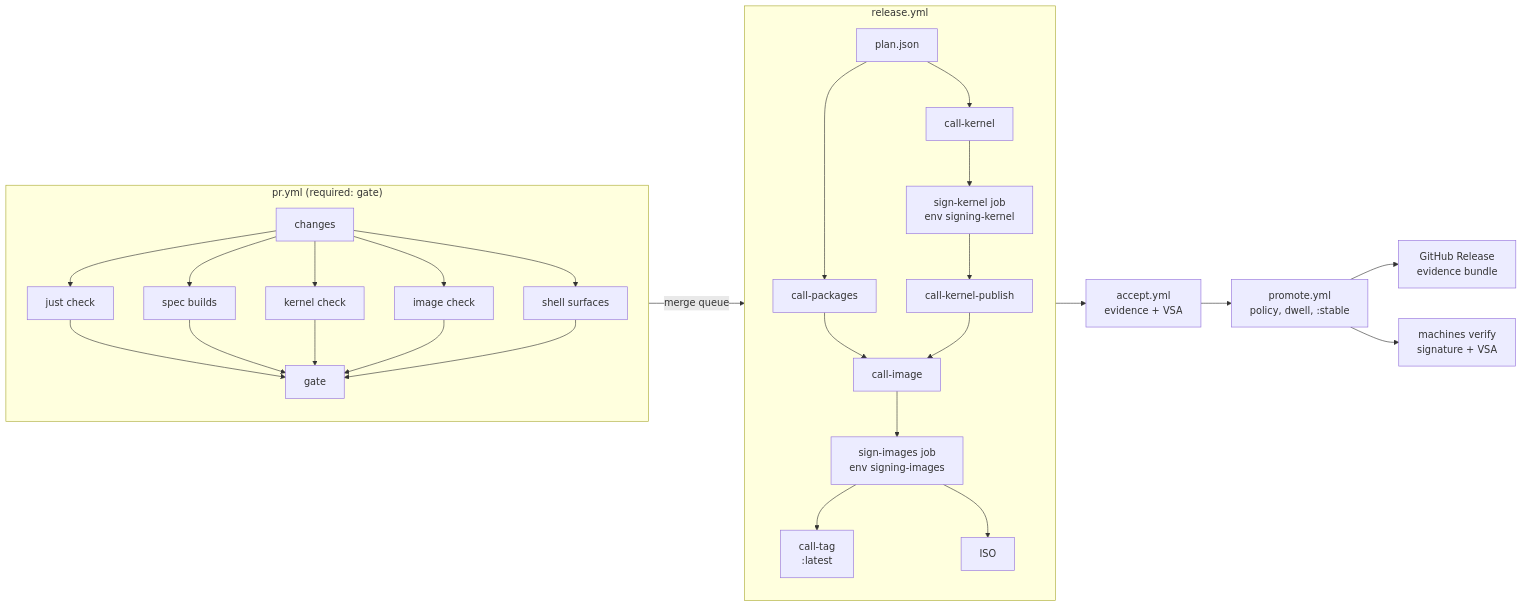
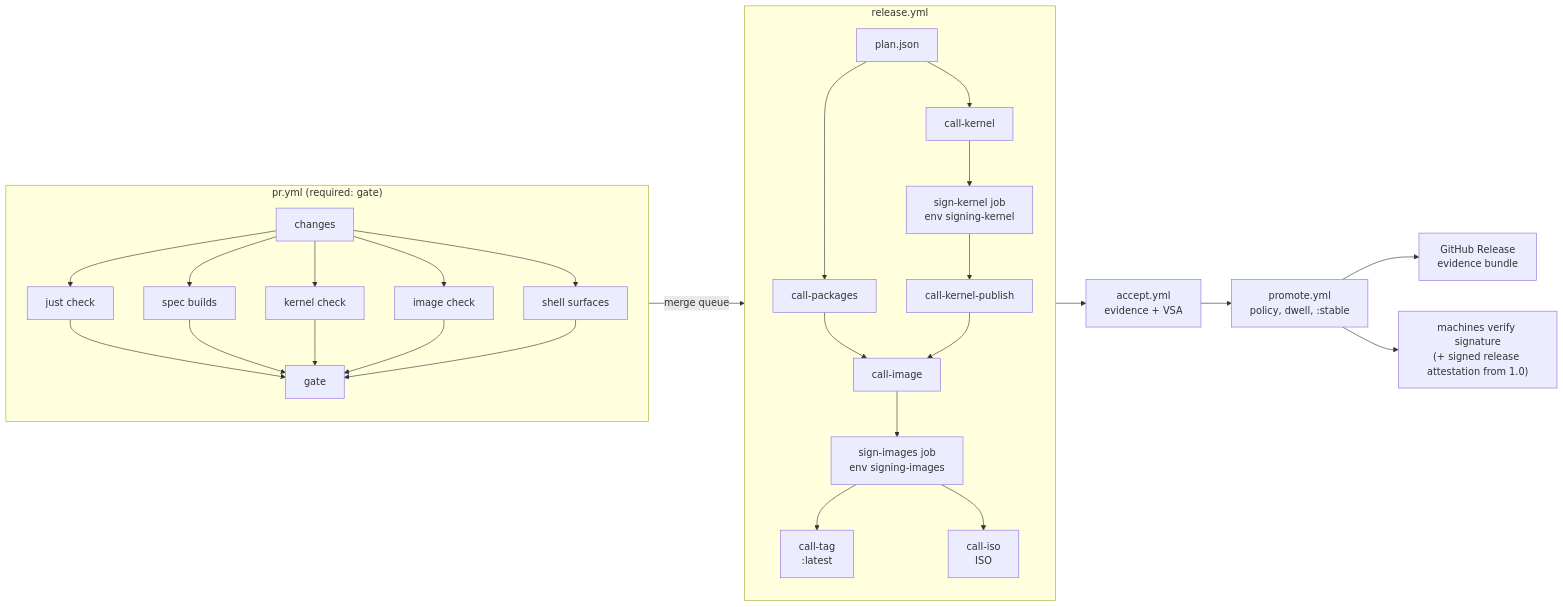
Before and after one commit to ars-regia/athanor: the diagram in docs/architecture/doc_pipeline.md, drawn with Mermaid. The commit also changed other lines of this file and 9 other files, not shown here.

````diff
--- a/docs/architecture/doc_pipeline.md
+++ b/docs/architecture/doc_pipeline.md
@@ -154,26 +179,26 @@
 ```mermaid
 flowchart LR
   subgraph PR["pr.yml (required: gate)"]
     C[changes] --> K[just check]
     C --> SB[spec builds]
     C --> KB[kernel check]
     C --> IC[image check]
     C --> SH[shell surfaces]
     K & SB & KB & IC & SH --> G[gate]
   end
   PR -->|merge queue| R
   subgraph R["release.yml"]
     P[plan.json] --> PK[call-packages]
     P --> KE[call-kernel]
     KE --> SK[sign-kernel job<br/>env signing-kernel]
     SK --> KP[call-kernel-publish]
     PK & KP --> IM[call-image]
     IM --> SI[sign-images job<br/>env signing-images]
     SI --> L["call-tag<br/>:latest"]
-    SI --> ISO[ISO]
+    SI --> ISO["call-iso<br/>ISO"]
   end
   R --> A["accept.yml<br/>evidence + VSA"]
   A --> PR2["promote.yml<br/>policy, dwell, :stable"]
   PR2 --> GH["GitHub Release<br/>evidence bundle"]
-  PR2 --> M["machines verify<br/>signature + VSA"]
+  PR2 --> M["machines verify signature<br/>(+ signed release attestation from 1.0)"]
 ```
````
